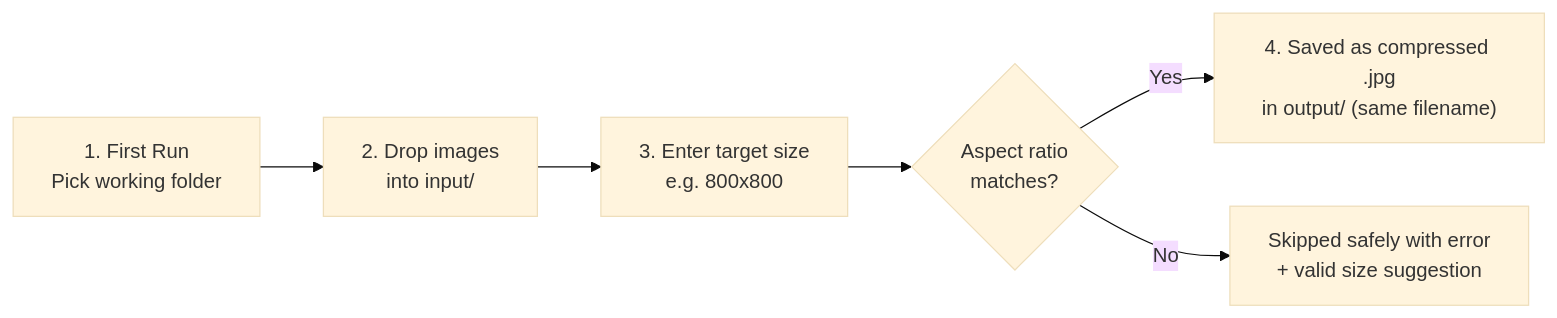
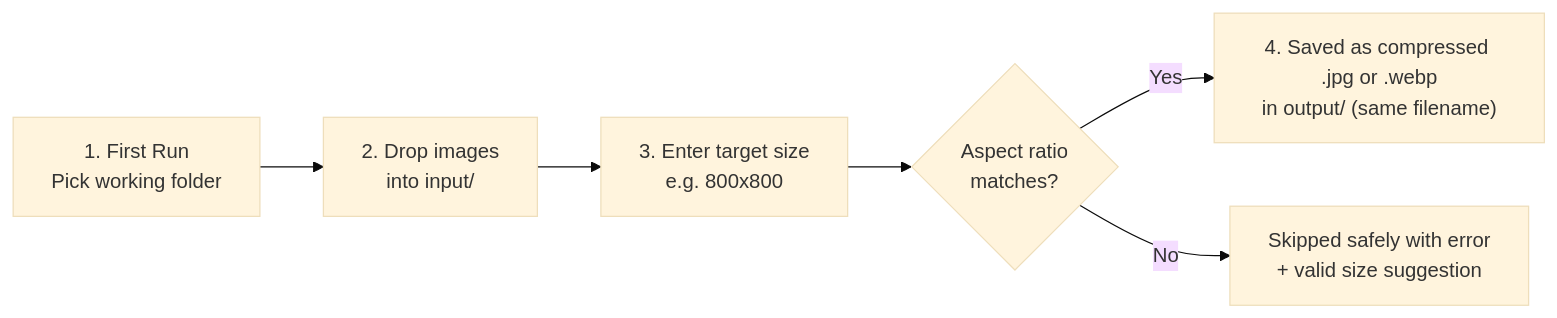
The diagram in README.md (alirazawebservice-rgb/image-compress-automation), drawn with Mermaid (base theme) before and after one commit. The commit also changed other lines of this file and 10 other files, not shown here.

````diff
--- a/README.md
+++ b/README.md
@@ -27,8 +30,8 @@
 ```mermaid
 flowchart LR
     A["1. First Run<br/>Pick working folder"] --> B["2. Drop images<br/>into input/"]
     B --> C["3. Enter target size<br/>e.g. 800x800"]
     C --> D{"Aspect ratio<br/>matches?"}
-    D -- Yes --> E["4. Saved as compressed .jpg<br/>in output/ (same filename)"]
+    D -- Yes --> E["4. Saved as compressed .jpg or .webp<br/>in output/ (same filename)"]
     D -- No --> F["Skipped safely with error<br/>+ valid size suggestion"]
 ```
````
